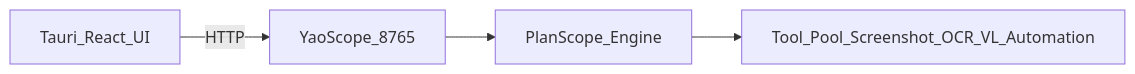
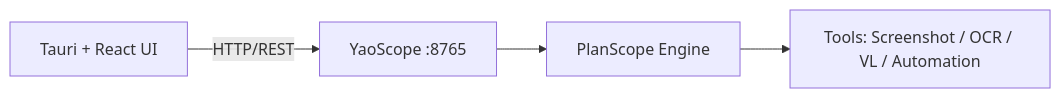
One commit to longdream/yao_ernie changed the diagram in README.md. Above: the diagram before and after it, drawn with Mermaid. The commit also changed other lines of this file, not shown here.

````diff
--- a/README.md
+++ b/README.md
@@ -21,6 +25,6 @@
 ```mermaid
 flowchart LR
-  ui[Tauri_React_UI] -->|HTTP| yaoscope[YaoScope_8765]
-  yaoscope --> planscope[PlanScope_Engine]
-  planscope --> tools[Tool_Pool_Screenshot_OCR_VL_Automation]
+  ui[Tauri + React UI] -->|HTTP/REST| yaoscope[YaoScope :8765]
+  yaoscope --> planscope[PlanScope Engine]
+  planscope --> tools[Tools: Screenshot / OCR / VL / Automation]
 ```
````
